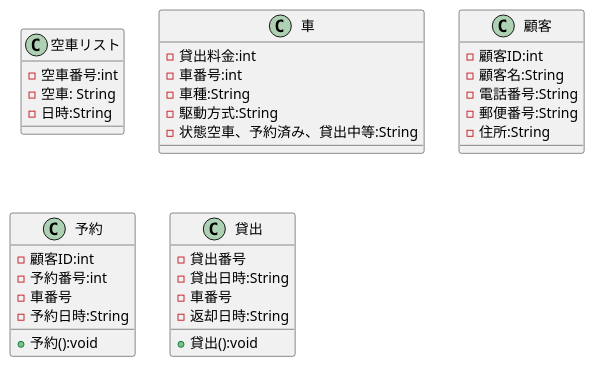
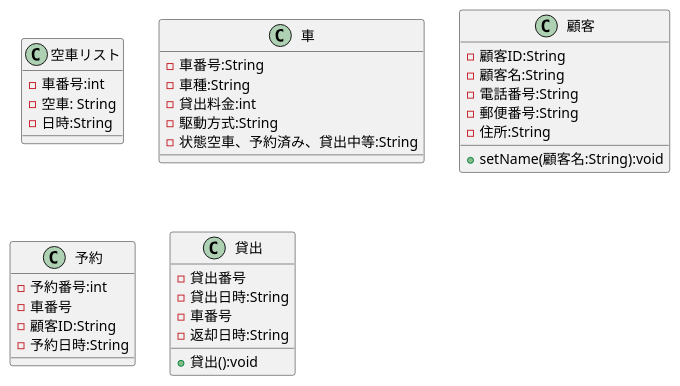
One commit to syutamorijyobi/uml-introduction changed the diagram in 例題3-1_CL_車両貸出システム.pu. Above: the diagram before and after it, drawn with PlantUML.

Commit message:
クラス図の編集

```diff
--- a/例題3-1_CL_車両貸出システム.pu
+++ b/例題3-1_CL_車両貸出システム.pu
@@ -1,35 +1,35 @@
 @startuml 車両貸出システム
 class 空車リスト {
-- 空車番号:int
+- 車番号:int
 - 空車: String
 - 日時:String
 }
 class 車 {
+- 車番号:String
+- 車種:String
 - 貸出料金:int
-- 車番号:int
-- 車種:String
 - 駆動方式:String
 - 状態空車、予約済み、貸出中等:String
 }
 class 顧客 {
-- 顧客ID:int
+- 顧客ID:String
 - 顧客名:String
 - 電話番号:String
 - 郵便番号:String
 - 住所:String
++ setName(顧客名:String):void
 }
 class 予約 {
-- 顧客ID:int
 - 予約番号:int
 - 車番号
+- 顧客ID:String
 - 予約日時:String
-+予約():void
 }
 class 貸出 {
 -貸出番号
 -貸出日時:String
 -車番号
 -返却日時:String
 + 貸出():void
 }
 @enduml
```
